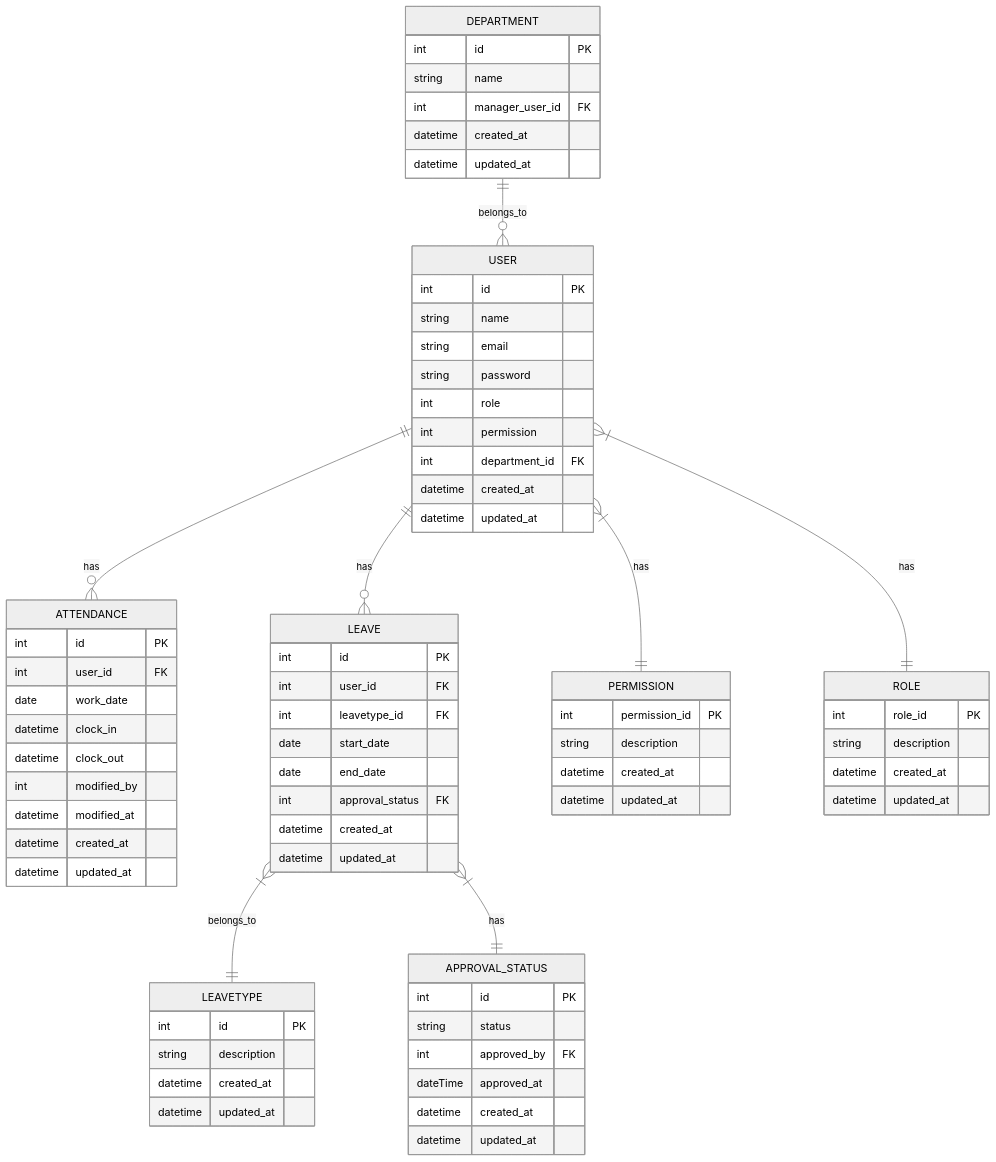
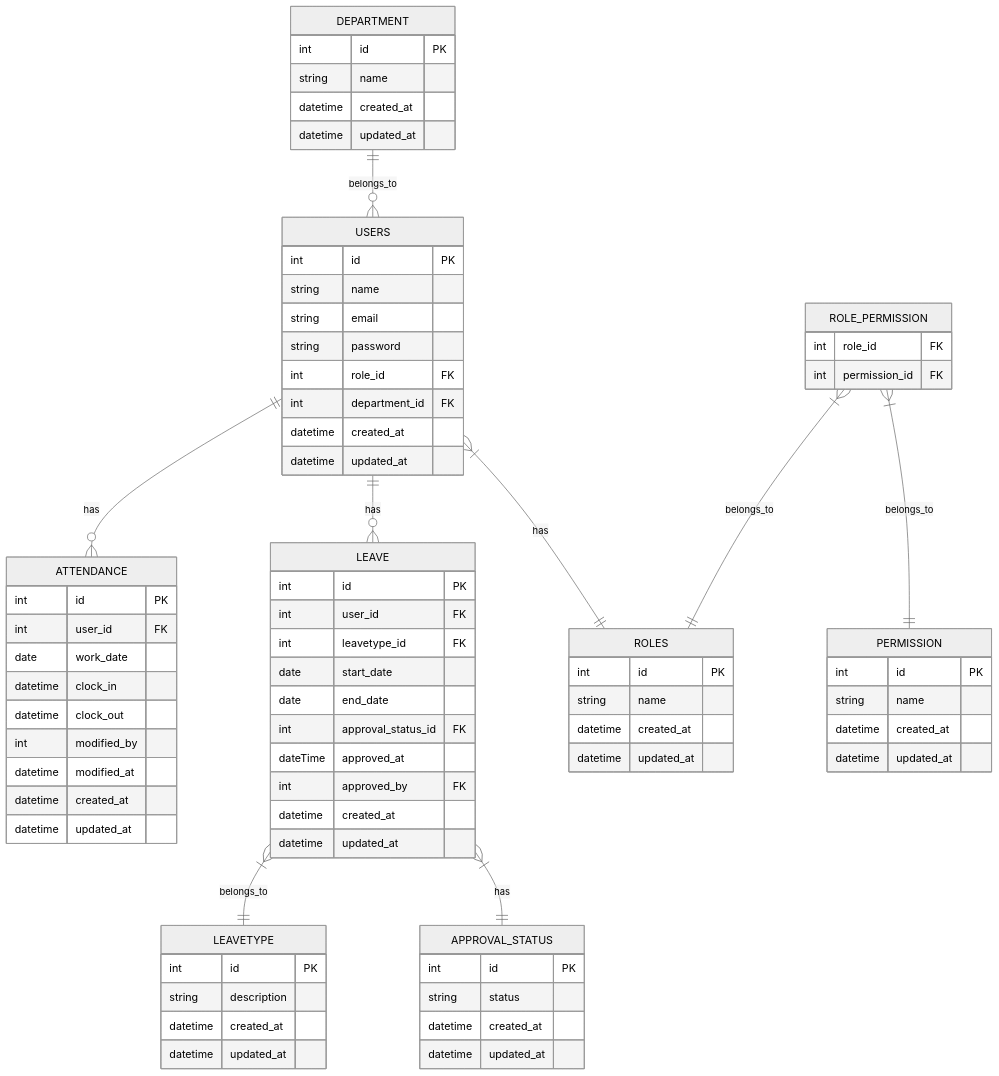
The first of 2 diagrams in 要件定義.md (user-1333/harry-inoue-educure-app), drawn with Mermaid (neutral theme) before and after one commit. The commit also changed other lines of this file and 55 other files, not shown here.

```````diff
--- a/要件定義.md
+++ b/要件定義.md
@@ -46,75 +46,79 @@
 ```mermaid
 erDiagram
-    USER {
+    USERS {
         int id PK 
         string name 
         string email
         string password
-        int role
-        int permission
+        int role_id FK
         int department_id FK
+        datetime created_at
+        datetime updated_at
+    }
+    ROLES {
+        int id PK
+        string name
+        datetime created_at
+        datetime updated_at
+    }
+    ROLE_PERMISSION {
+        int role_id FK
+        int permission_id FK
+    }
+    PERMISSION {
+        int id PK
+        string name
         datetime created_at
         datetime updated_at
     }
     DEPARTMENT {
         int id PK
         string name
-        int manager_user_id FK
         datetime created_at
         datetime updated_at
     }
     ATTENDANCE {
         int id PK
         int user_id FK
         date work_date
         datetime clock_in
         datetime clock_out
         int modified_by
         datetime modified_at
         datetime created_at
         datetime updated_at
     }
     LEAVE {
         int id PK
         int user_id FK
         int leavetype_id FK
         date start_date
         date end_date
-        int approval_status FK
+        int approval_status_id FK
+        dateTime approved_at
+        int approved_by FK
         datetime created_at
         datetime updated_at
     }
     APPROVAL_STATUS {
         int id PK
         string status
-        int approved_by FK
-        dateTime approved_at
         datetime created_at
         datetime updated_at
     }
     LEAVETYPE {
         int id PK
         string description
         datetime created_at
         datetime updated_at
     }
-    PERMISSION {
-        int permission_id PK
-        string description
-        datetime created_at
-        datetime updated_at
-    }
-    ROLE {
-        int role_id PK
-        string description
-        datetime created_at
-        datetime updated_at
-    }
-    USER ||--o{ ATTENDANCE : has
-    USER ||--o{ LEAVE : has
+
+    USERS ||--o{ ATTENDANCE : has
+    USERS ||--o{ LEAVE : has
     LEAVE }|--|| LEAVETYPE : belongs_to
     LEAVE }|--|| APPROVAL_STATUS : has
-    USER }|--|| PERMISSION : has
-    USER }|--|| ROLE : has
-    DEPARTMENT ||--o{ USER : belongs_to
+    USERS }|--|| ROLES : has
+    ROLE_PERMISSION }|--|| ROLES : belongs_to
+    ROLE_PERMISSION }|--|| PERMISSION : belongs_to
+    DEPARTMENT ||--o{ USERS : belongs_to
 ``````
```````
